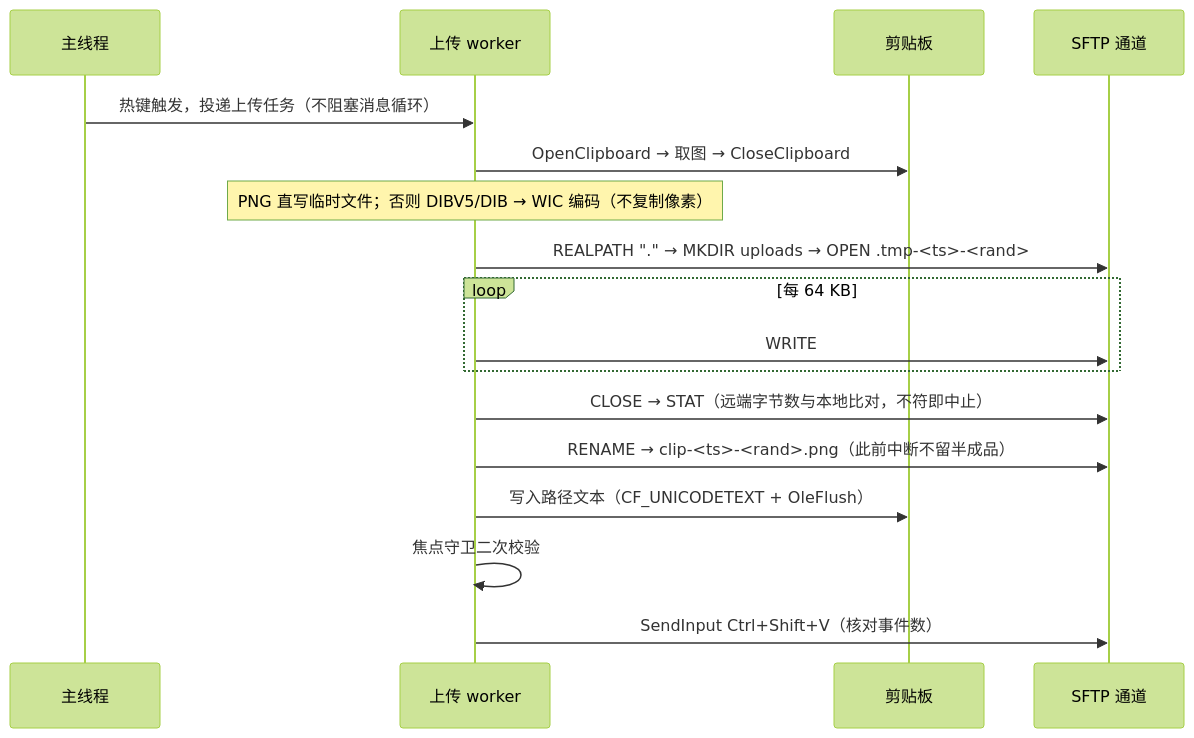
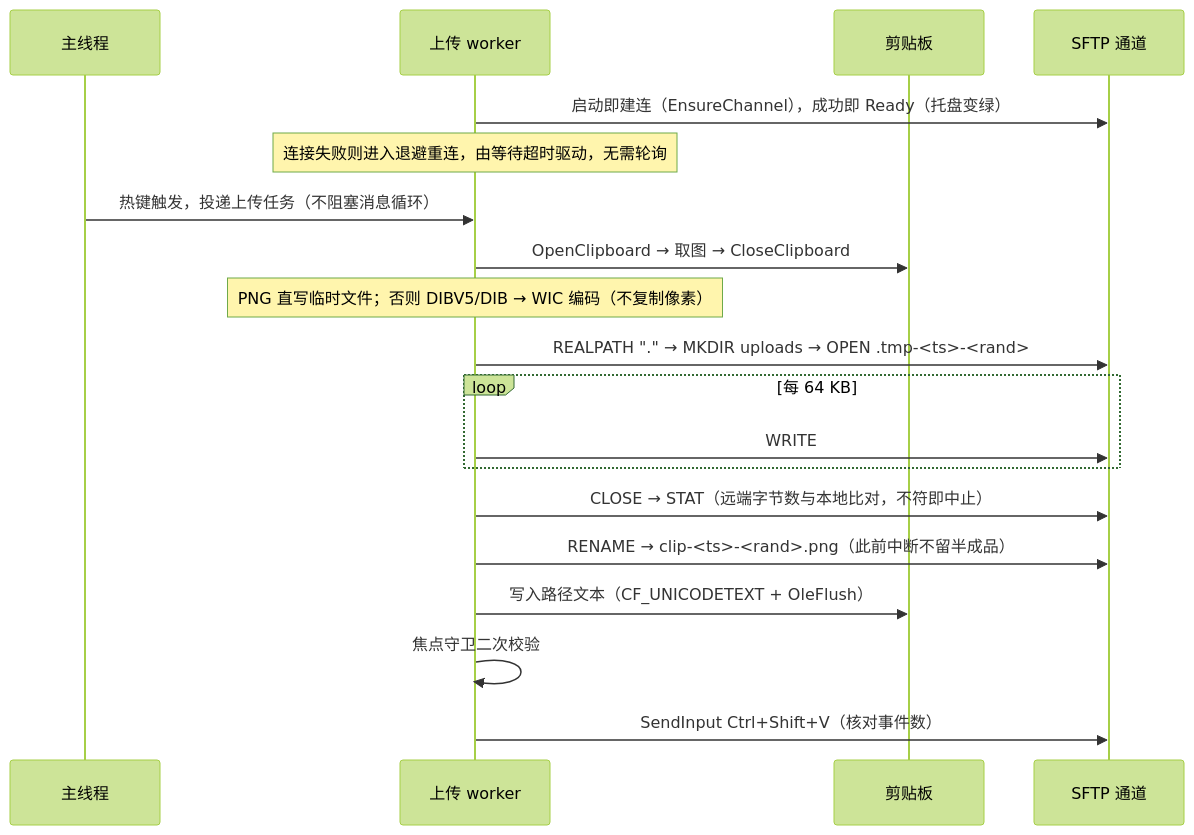
One commit to DeguiLiu/picopaste changed the second of 3 diagrams in docs/design/picopaste-design.md. Above: the diagram before and after it, drawn with Mermaid (forest theme). The commit also changed other lines of this file and 5 other files, not shown here.

````diff
--- a/docs/design/picopaste-design.md
+++ b/docs/design/picopaste-design.md
@@ -70,19 +70,21 @@
 ```mermaid
 sequenceDiagram
     participant M as 主线程
     participant W as 上传 worker
     participant C as 剪贴板
     participant S as SFTP 通道
+    W->>S: 启动即建连（EnsureChannel），成功即 Ready（托盘变绿）
+    note over W: 连接失败则进入退避重连，由等待超时驱动，无需轮询
     M->>W: 热键触发，投递上传任务（不阻塞消息循环）
     W->>C: OpenClipboard → 取图 → CloseClipboard
     note over W: PNG 直写临时文件；否则 DIBV5/DIB → WIC 编码（不复制像素）
     W->>S: REALPATH "." → MKDIR uploads → OPEN .tmp-<ts>-<rand>
     loop 每 64 KB
         W->>S: WRITE
     end
     W->>S: CLOSE → STAT（远端字节数与本地比对，不符即中止）
     W->>S: RENAME → clip-<ts>-<rand>.png（此前中断不留半成品）
     W->>C: 写入路径文本（CF_UNICODETEXT + OleFlush）
     W->>W: 焦点守卫二次校验
     W->>S: SendInput Ctrl+Shift+V（核对事件数）
 ```
````
